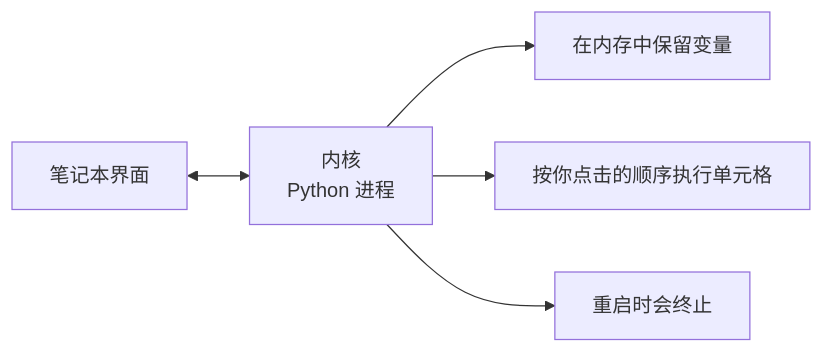
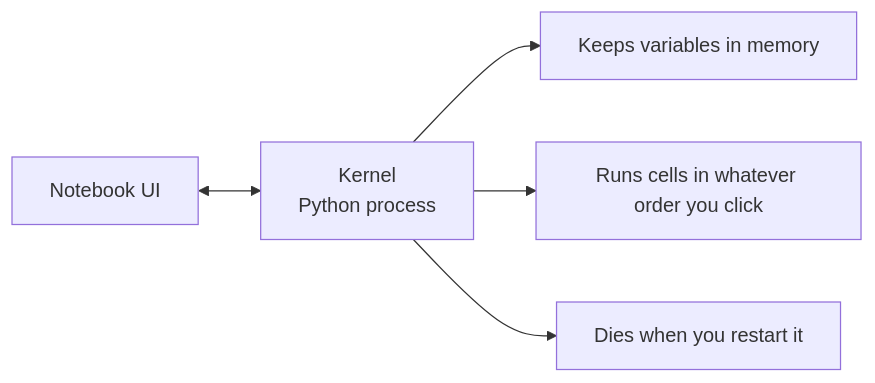
One commit to xiaojiaenen/ai-engineering-from-scratch-zh changed the second of 2 diagrams in i18n/zh/phases/00-setup-and-tooling/05-jupyter-notebooks/docs/zh.md. Above: the diagram before and after it, drawn with Mermaid. The commit also changed other lines of this file and 12 other files, not shown here.

````diff
--- a/i18n/zh/phases/00-setup-and-tooling/05-jupyter-notebooks/docs/zh.md
+++ b/i18n/zh/phases/00-setup-and-tooling/05-jupyter-notebooks/docs/zh.md
@@ -35,7 +35,7 @@
 ```mermaid
 graph LR
-    A[笔记本界面] <--> B[内核\nPython 进程]
-    B --> C[在内存中保留变量]
-    B --> D[按你点击的顺序执行单元格]
-    B --> E[重启时会终止]
+    A[Notebook UI] <--> B[Kernel\nPython process]
+    B --> C[Keeps variables in memory]
+    B --> D[Runs cells in whatever order you click]
+    B --> E[Dies when you restart it]
 ```
````
